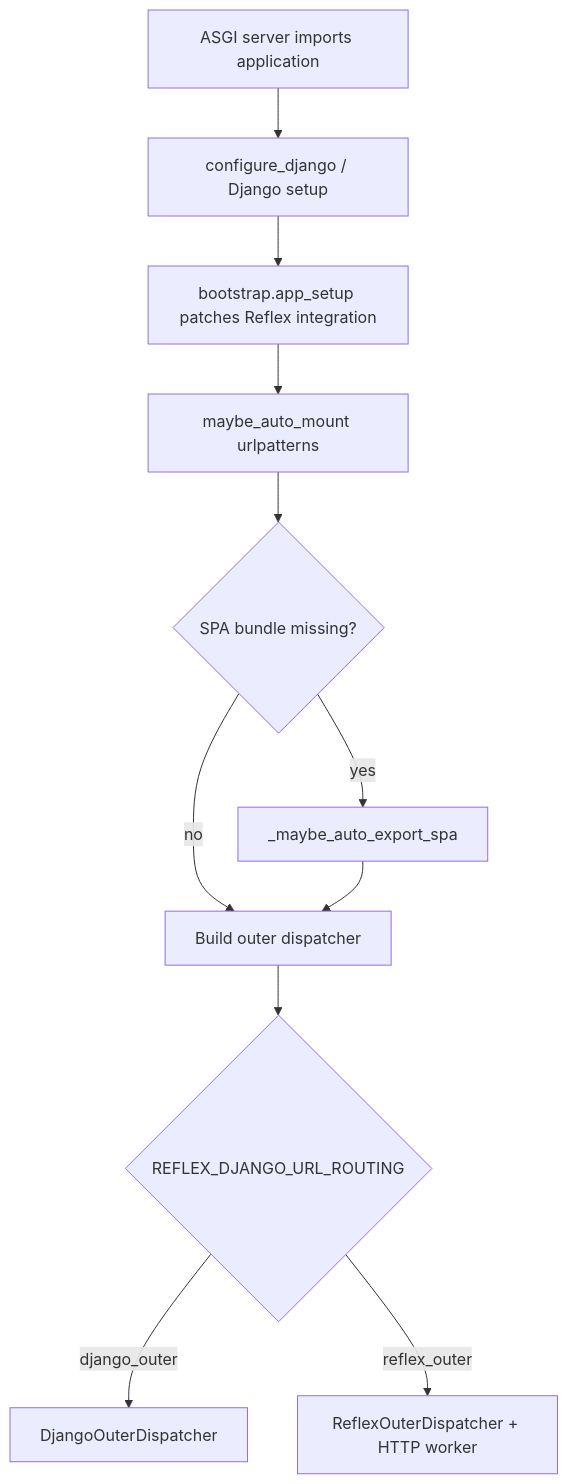
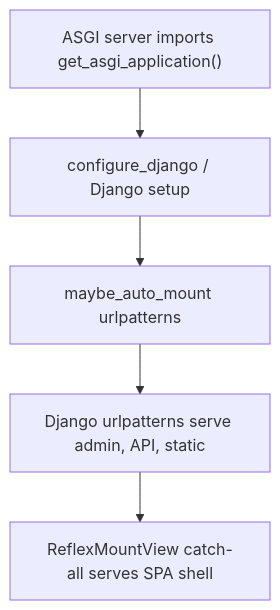
The first of 2 diagrams in docs/architecture.md (web7ai/reflex-django), drawn with Mermaid before and after one commit. The commit also changed other lines of this file and 80 other files, not shown here.

Commit message:
docs: update CHANGELOG and documentation to reflect breaking changes in v3, including removal of legacy routing modes, updates to ASGI entry points, and new configuration options for Django server proxying; enhance migration guides and clarify development workflow for improved user experience

````diff
--- a/docs/architecture.md
+++ b/docs/architecture.md
@@ -38,13 +40,7 @@
 ```mermaid
 flowchart TD
-  A["ASGI server imports application"] --> B["configure_django / Django setup"]
-  B --> C["bootstrap.app_setup patches Reflex integration"]
-  C --> D["maybe_auto_mount urlpatterns"]
-  D --> E{"SPA bundle missing?"}
-  E -->|yes| F["_maybe_auto_export_spa"]
-  E -->|no| G["Build outer dispatcher"]
-  F --> G
-  G --> H{"REFLEX_DJANGO_URL_ROUTING"}
-  H -->|django_outer| I["DjangoOuterDispatcher"]
-  H -->|reflex_outer| J["ReflexOuterDispatcher + HTTP worker"]
+  A["ASGI server imports get_asgi_application()"] --> B["configure_django / Django setup"]
+  B --> C["maybe_auto_mount urlpatterns"]
+  C --> D["Django urlpatterns serve admin, API, static"]
+  D --> E["ReflexMountView catch-all serves SPA shell"]
 ```
````
